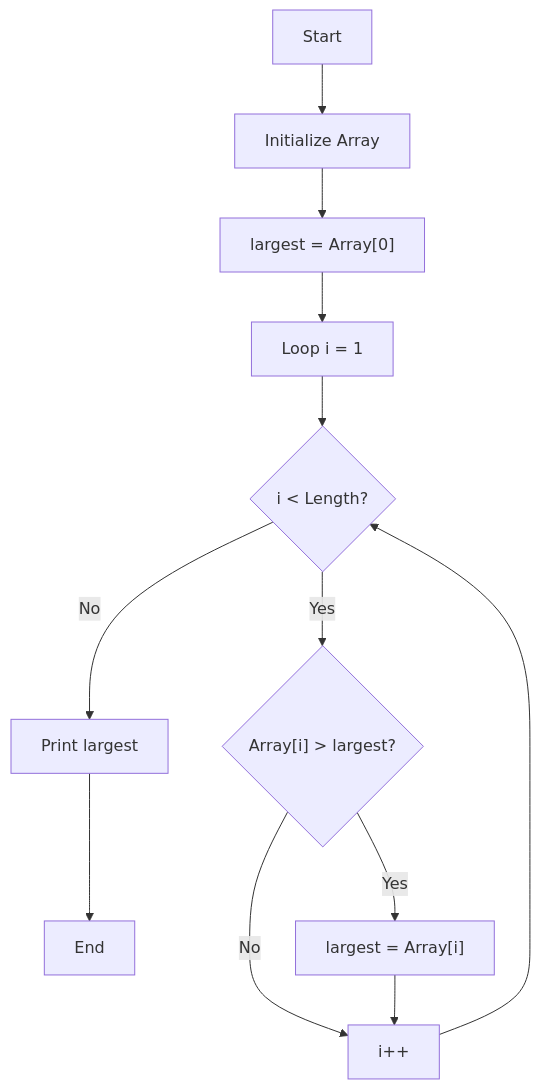
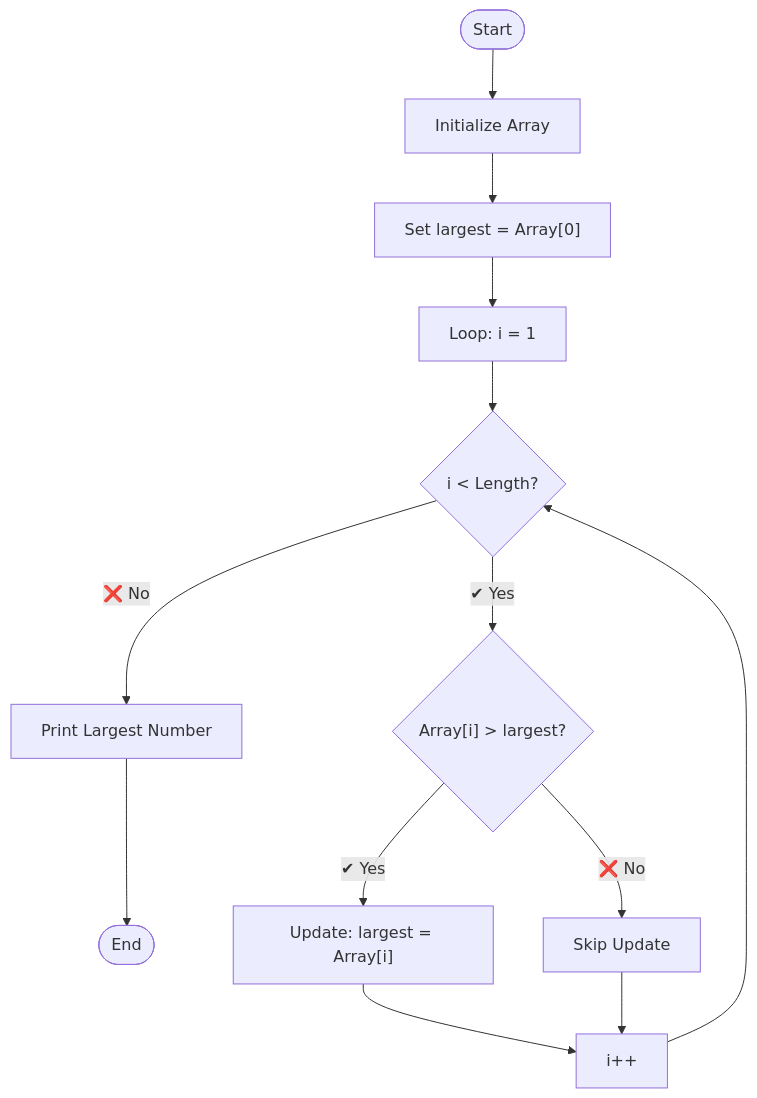
One commit to SamruddhiKangude/Samruddhi_Kangude_Assignment changed the diagram in Question2/README.md. Above: the diagram before and after it, drawn with Mermaid. The commit also changed other lines of this file, not shown here.

````diff
--- a/Question2/README.md
+++ b/Question2/README.md
@@ -21,14 +33,20 @@
- ```mermaid
+```mermaid
 flowchart TD
-    A[Start] --> B[Initialize Array]
-    B --> C["largest = Array[0]"]
-    C --> D["Loop i = 1"]
+    A([Start]) --> B[Initialize Array]
+    B --> C["Set largest = Array[0]"]
+    C --> D["Loop: i = 1"]
+    
     D --> E{"i < Length?"}
-    E -- No --> F[Print largest]
-    F --> G[End]
-    E -- Yes --> H{"Array[i] > largest?"}
-    H -- Yes --> I["largest = Array[i]"]
-    H -- No --> J[i++]
-    I --> J
-    J --> E
+    E -- ❌ No --> F[Print Largest Number]
+    F --> G([End])
+    
+    E -- ✔ Yes --> H{"Array[i] > largest?"}
+    
+    H -- ✔ Yes --> I["Update: largest = Array[i]"]
+    H -- ❌ No --> J["Skip Update"]
+    
+    I --> K[i++]
+    J --> K
+    
+    K --> E
 ```
````
